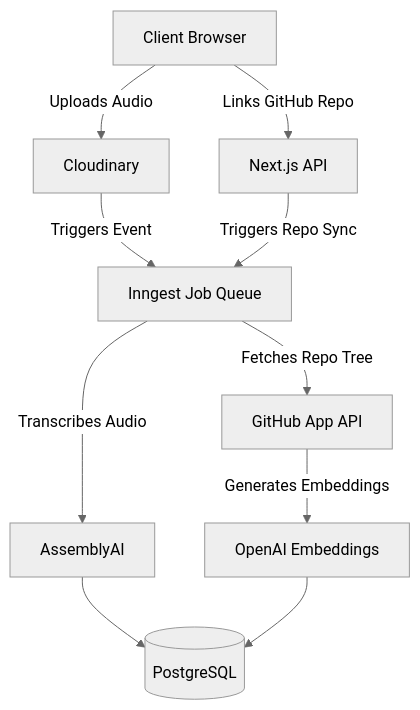
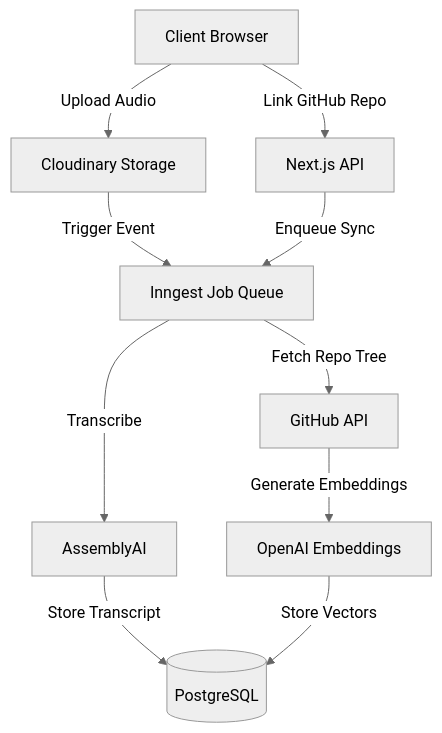
The second of 3 diagrams in README.md (nitingupta95/gitVizor), drawn with Mermaid (neutral theme) before and after one commit. The commit also changed other lines of this file and 1 other file, not shown here.

Commit message:
docs: overhaul README with comprehensive project documentation and architecture

````diff
--- a/README.md
+++ b/README.md
@@ -65,14 +82,13 @@
 ```mermaid
 graph TD
-    Client[Client Browser] -->|Uploads Audio| Storage[Cloudinary]
-    Storage -->|Triggers Event| Inngest[Inngest Job Queue]
-    
-    Inngest -->|Transcribes Audio| AssemblyAI[AssemblyAI]
-    AssemblyAI --> DB[(PostgreSQL)]
-    
-    Client -->|Links GitHub Repo| API[Next.js API]
-    API -->|Triggers Repo Sync| Inngest
-    Inngest -->|Fetches Repo Tree| GitHub[GitHub App API]
-    GitHub -->|Generates Embeddings| OpenAI[OpenAI Embeddings]
-    OpenAI --> DB
+    A[Client Browser] -->|Upload Audio| B[Cloudinary Storage]
+    B -->|Trigger Event| C[Inngest Job Queue]
+    C -->|Transcribe| D[AssemblyAI]
+    D -->|Store Transcript| E[(PostgreSQL)]
+
+    A -->|Link GitHub Repo| F[Next.js API]
+    F -->|Enqueue Sync| C
+    C -->|Fetch Repo Tree| G[GitHub API]
+    G -->|Generate Embeddings| H[OpenAI Embeddings]
+    H -->|Store Vectors| E
 ```
````
